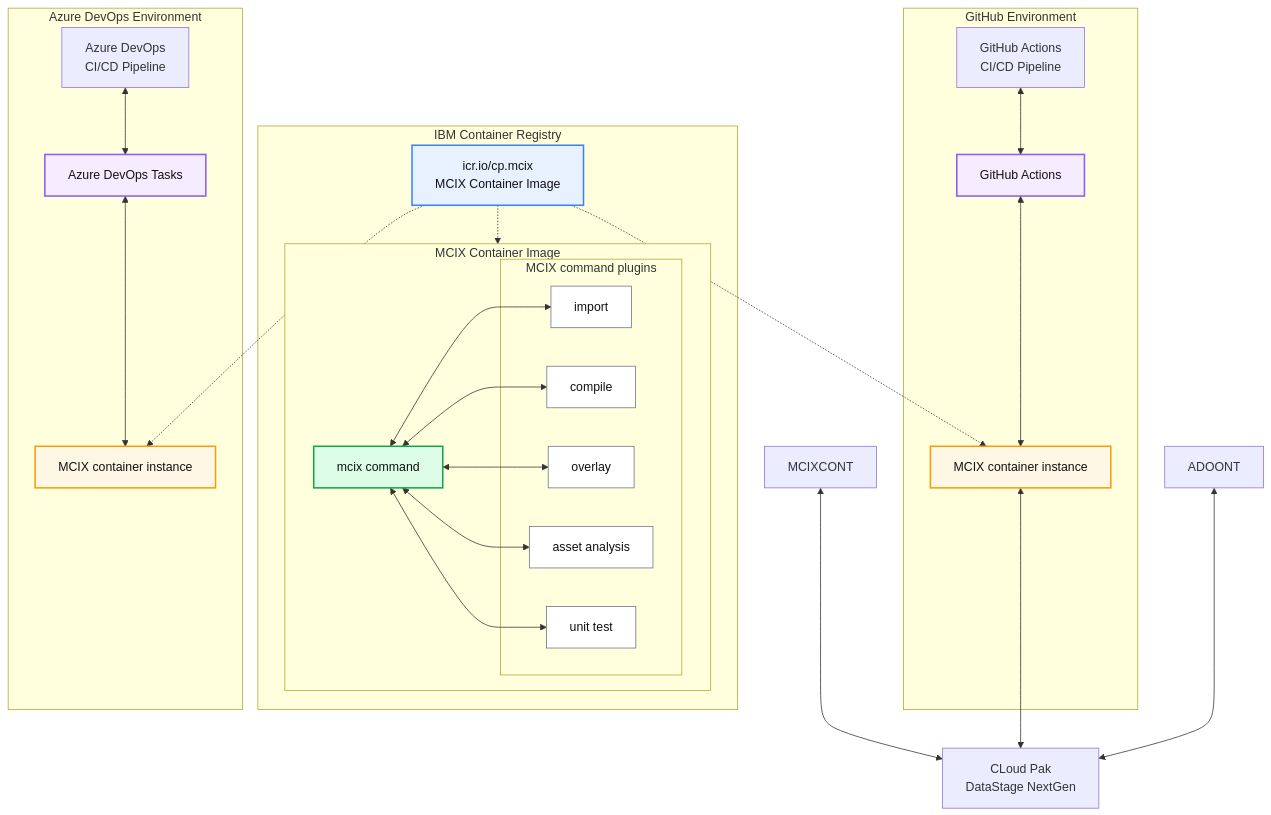
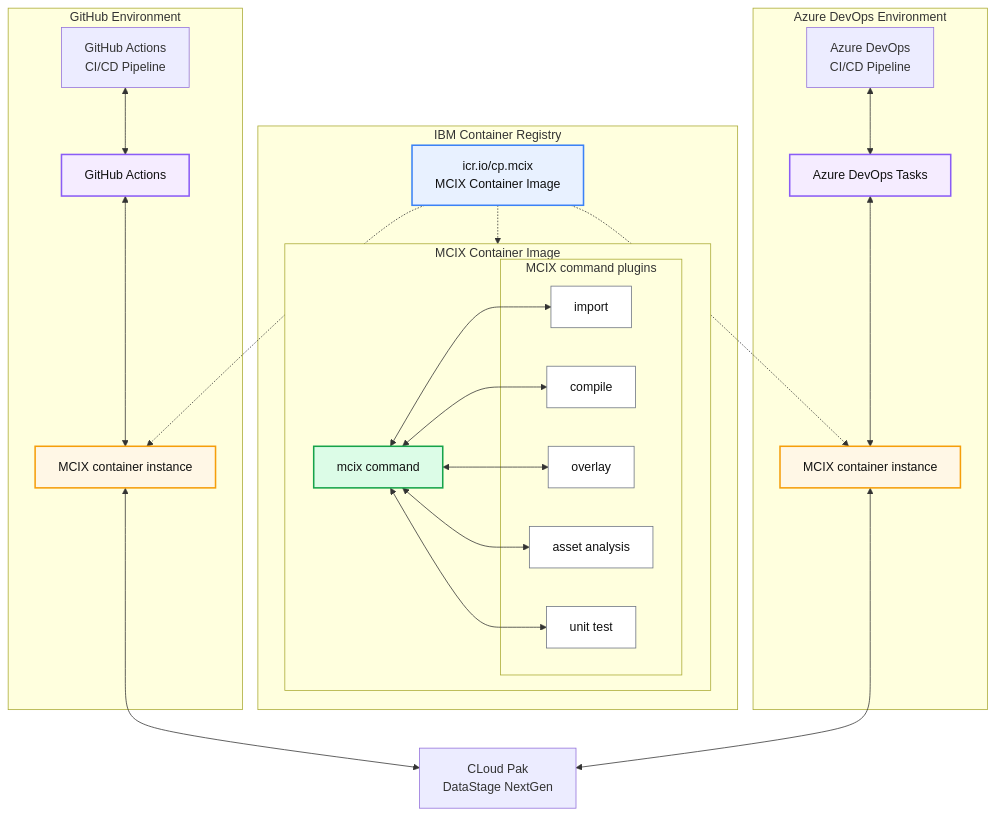
Before and after one commit to MettleCI/mcix: the diagram in ARCHITECTURE.md, drawn with Mermaid.

Commit message:
Update ADO Tooling references in ARCHITECTURE.md

````diff
--- a/ARCHITECTURE.md
+++ b/ARCHITECTURE.md
@@ -80,9 +80,9 @@
   %% ADO Tooling references 
   ADOPIPE <--> ADOT
   ADOT <--> ADOCONT
-  MCIXCONT <--> CPD
 
+  %% Action/Task links to CPD
   GHCONT <--> CPD
-  ADOONT <--> CPD
+  ADOCONT <--> CPD
 
 ```
````
